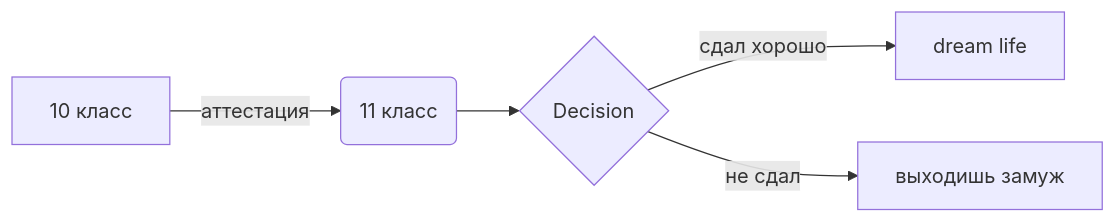
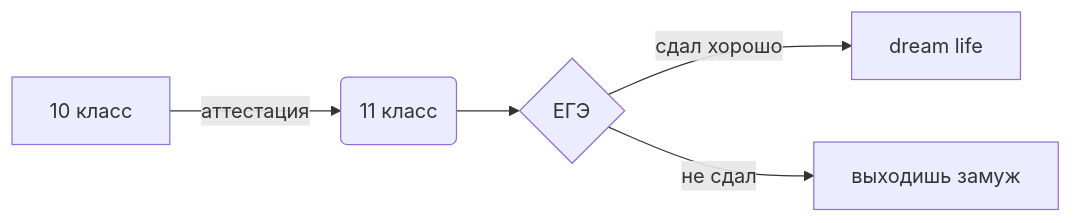
One commit to Galua122/works changed the diagram in README.md. Above: the diagram before and after it, drawn with Mermaid.

````diff
--- a/README.md
+++ b/README.md
@@ -76,8 +76,8 @@
 ```mermaid
 flowchart LR
 
 A[10 класс] -->|аттестация| B(11 класс)
-B --> C{Decision}
+B --> C{ЕГЭ}
 C -->|сдал хорошо| D[dream life]
 C -->|не сдал| E[выходишь замуж]
 ```
````
